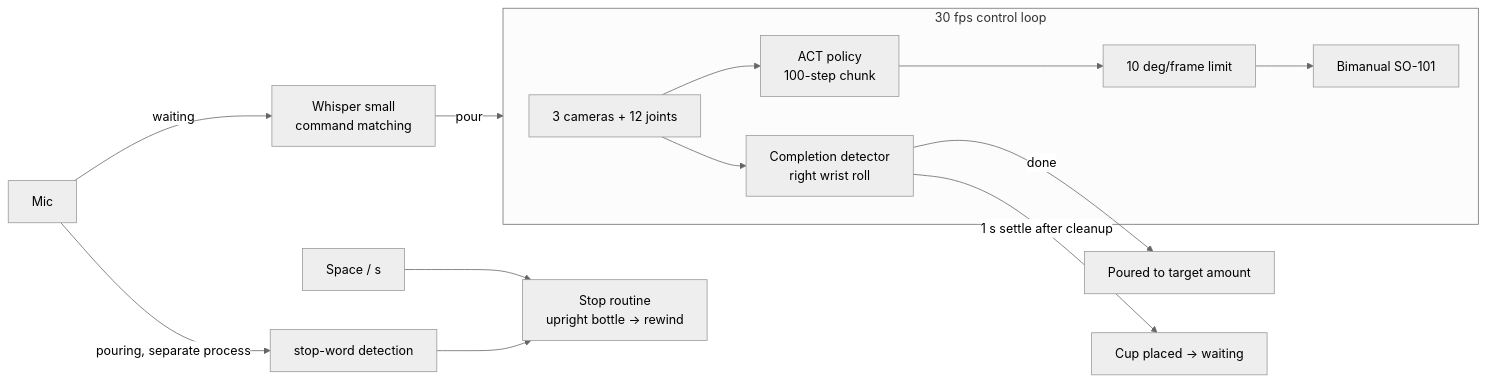
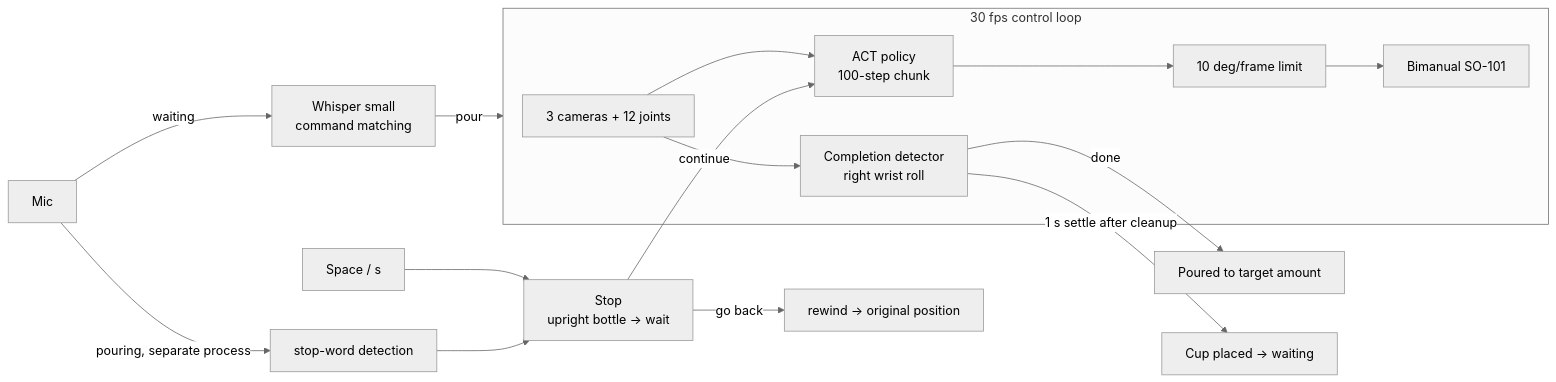
The second of 2 diagrams in README.md (J1N462/lerobot_watertask_vla), drawn with Mermaid (neutral theme) before and after one commit. The commit also changed other lines of this file and 5 other files, not shown here.

Commit message:
feat(rollout): pause on stop with go-back / continue choice

````diff
--- a/README.md
+++ b/README.md
@@ -110,15 +113,17 @@
 ```mermaid
 flowchart LR
     MIC[Mic] -->|waiting| STT[Whisper small<br/>command matching]
     STT -->|pour| LOOP
     subgraph LOOP[30 fps control loop]
         CAM[3 cameras + 12 joints] --> ACT[ACT policy<br/>100-step chunk]
         ACT --> CLAMP[10 deg/frame limit] --> ROBOT[Bimanual SO-101]
         CAM --> DET[Completion detector<br/>right wrist roll]
     end
     MIC -->|pouring, separate process| VSTOP[stop-word detection]
     KEY[Space / s] --> STOPR
-    VSTOP --> STOPR[Stop routine<br/>upright bottle -> rewind]
+    VSTOP --> STOPR[Stop<br/>upright bottle -> wait]
+    STOPR -->|go back| BACK[rewind -> original position]
+    STOPR -->|continue| ACT
     DET -->|done| TTS1[Poured to target amount]
     DET -->|1 s settle after cleanup| TTS2[Cup placed -> waiting]
 ```
````
